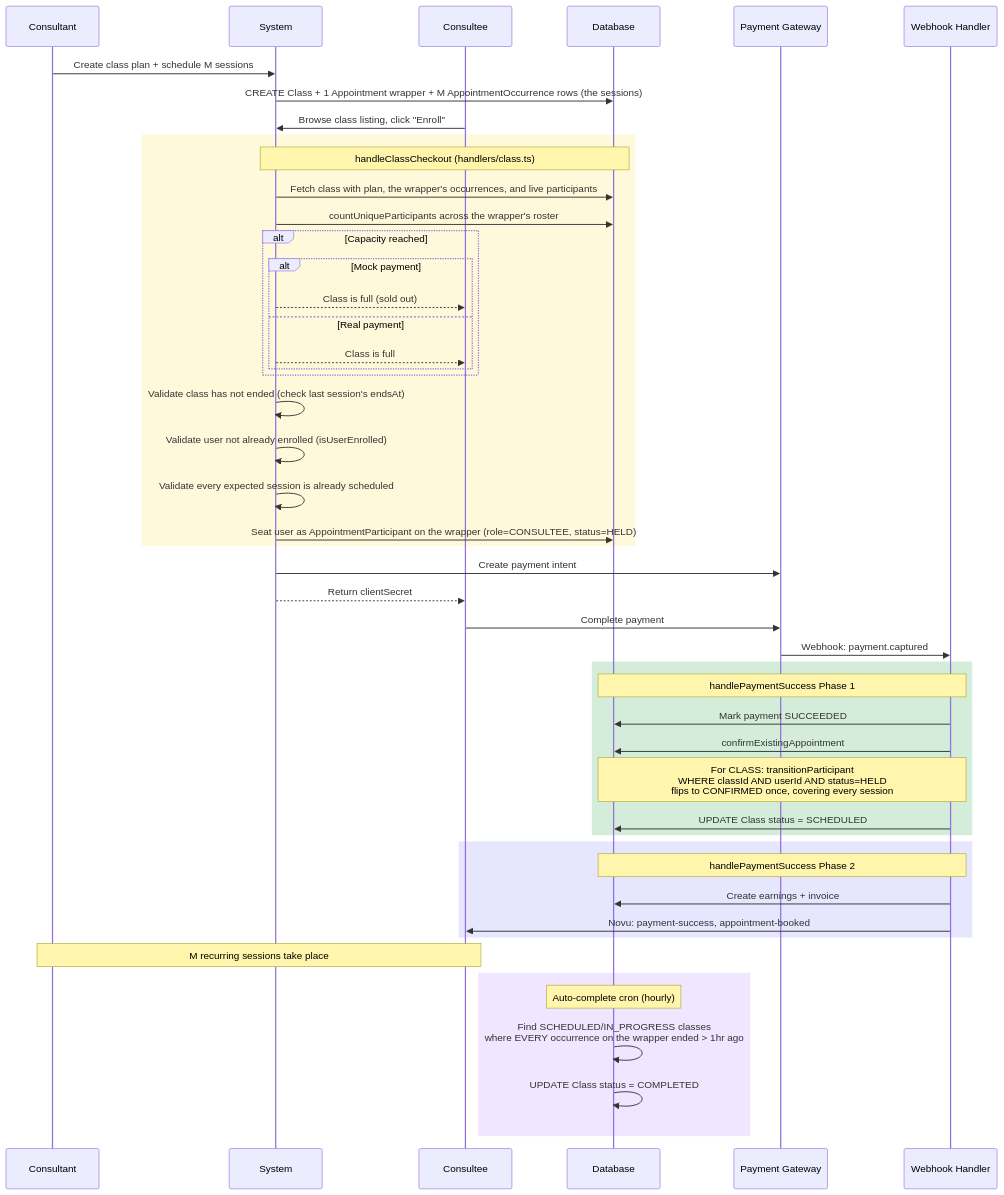
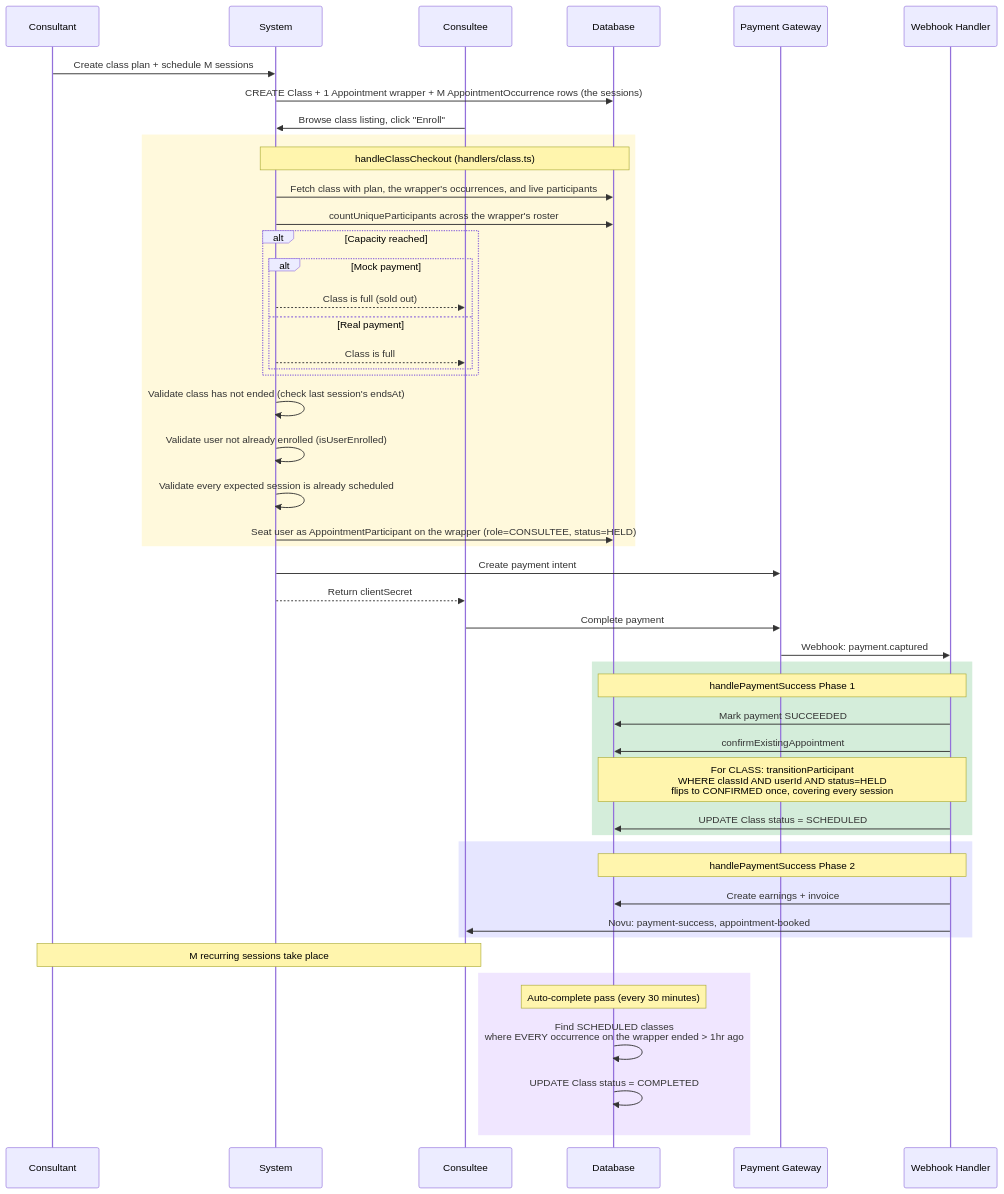
One commit to Practitionist/familiarise_web changed the seventh of 16 diagrams in docs/booking/06-booking-lifecycle.md. Above: the diagram before and after it, drawn with Mermaid. The commit also changed other lines of this file and 20 other files, not shown here.

````diff
--- a/docs/booking/06-booking-lifecycle.md
+++ b/docs/booking/06-booking-lifecycle.md
@@ -548,61 +548,61 @@
 ```mermaid
 sequenceDiagram
     participant CT as Consultant
     participant SYS as System
     participant CE as Consultee
     participant DB as Database
     participant GW as Payment Gateway
     participant WH as Webhook Handler
 
     CT->>SYS: Create class plan + schedule M sessions
     SYS->>DB: CREATE Class + 1 Appointment wrapper + M AppointmentOccurrence rows (the sessions)
 
     CE->>SYS: Browse class listing, click "Enroll"
 
     rect rgb(255, 249, 220)
         Note over SYS,DB: handleClassCheckout (handlers/class.ts)
         SYS->>DB: Fetch class with plan, the wrapper's occurrences, and live participants
         SYS->>DB: countUniqueParticipants across the wrapper's roster
 
         alt Capacity reached
             alt Mock payment
                 SYS-->>CE: Class is full (sold out)
             else Real payment
                 SYS-->>CE: Class is full
             end
         end
 
         SYS->>SYS: Validate class has not ended (check last session's endsAt)
         SYS->>SYS: Validate user not already enrolled (isUserEnrolled)
         SYS->>SYS: Validate every expected session is already scheduled
 
         SYS->>DB: Seat user as AppointmentParticipant on the wrapper (role=CONSULTEE, status=HELD)
     end
 
     SYS->>GW: Create payment intent
     SYS-->>CE: Return clientSecret
     CE->>GW: Complete payment
     GW->>WH: Webhook: payment.captured
 
     rect rgb(212, 237, 218)
         Note over WH,DB: handlePaymentSuccess Phase 1
         WH->>DB: Mark payment SUCCEEDED
         WH->>DB: confirmExistingAppointment
         Note over WH,DB: For CLASS: transitionParticipant<br/>WHERE classId AND userId AND status=HELD<br/>flips to CONFIRMED once, covering every session
         WH->>DB: UPDATE Class status = SCHEDULED
     end
 
     rect rgb(230, 230, 255)
         Note over WH,DB: handlePaymentSuccess Phase 2
         WH->>DB: Create earnings + invoice
         WH->>CE: Novu: payment-success, appointment-booked
     end
 
     Note over CT,CE: M recurring sessions take place
 
     rect rgb(240, 230, 255)
-        Note over DB: Auto-complete cron (hourly)
-        DB->>DB: Find SCHEDULED/IN_PROGRESS classes<br/>where EVERY occurrence on the wrapper ended > 1hr ago
+        Note over DB: Auto-complete pass (every 30 minutes)
+        DB->>DB: Find SCHEDULED classes<br/>where EVERY occurrence on the wrapper ended > 1hr ago
         DB->>DB: UPDATE Class status = COMPLETED
     end
 ```
````
